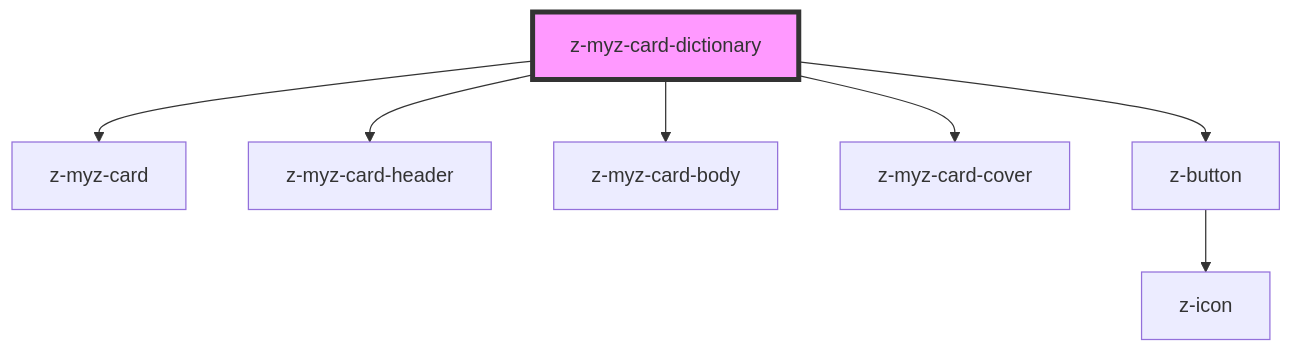
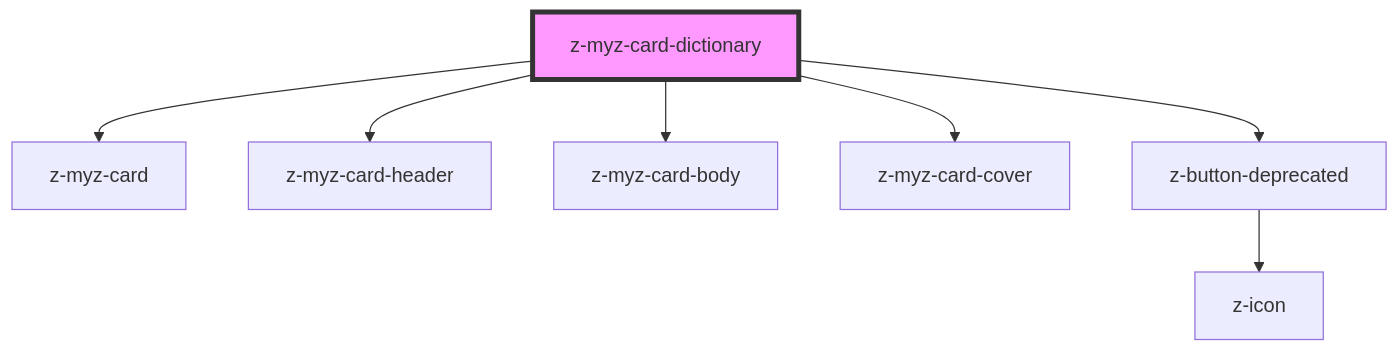
The diagram in src/snowflakes/myz/card/z-myz-card-dictionary/readme.md (ZanichelliEditore/design-system), drawn with Mermaid before and after one commit. The commit also changed other lines of this file and 61 other files, not shown here.

Commit message:
chore: use z-button-deprecated

````diff
--- a/src/snowflakes/myz/card/z-myz-card-dictionary/readme.md
+++ b/src/snowflakes/myz/card/z-myz-card-dictionary/readme.md
@@ -46,10 +46,10 @@
 ```mermaid
 graph TD;
   z-myz-card-dictionary --> z-myz-card
   z-myz-card-dictionary --> z-myz-card-header
   z-myz-card-dictionary --> z-myz-card-body
   z-myz-card-dictionary --> z-myz-card-cover
-  z-myz-card-dictionary --> z-button
-  z-button --> z-icon
+  z-myz-card-dictionary --> z-button-deprecated
+  z-button-deprecated --> z-icon
   style z-myz-card-dictionary fill:#f9f,stroke:#333,stroke-width:4px
 ```
````
